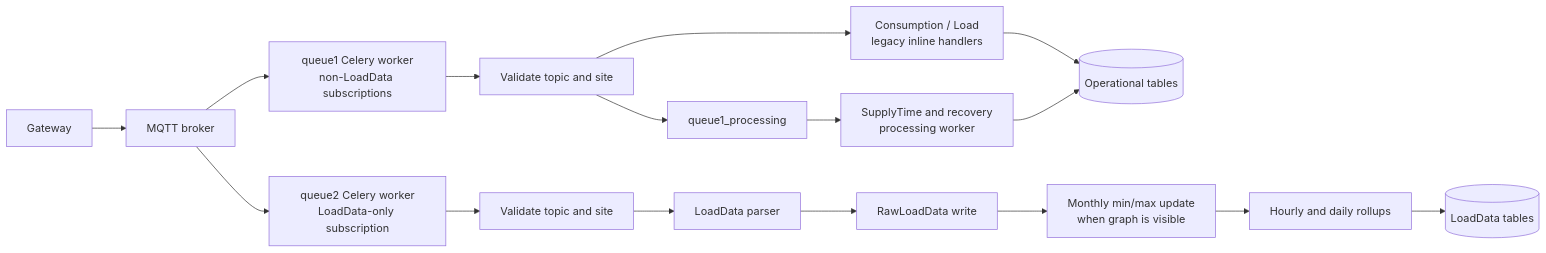
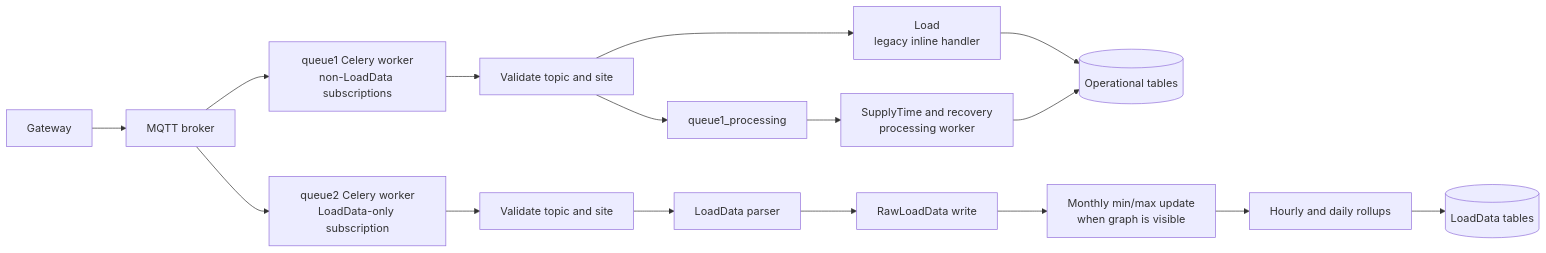
One commit to ashutoshdubey-aviconn/AVC-backend changed the diagram in MQTT_LOAD_DATA_OPTIMIZATION_COMPLETE.md. Above: the diagram before and after it, drawn with Mermaid. The commit also changed other lines of this file, not shown here.

Commit message:
Document consumption MQTT handoff

````diff
--- a/MQTT_LOAD_DATA_OPTIMIZATION_COMPLETE.md
+++ b/MQTT_LOAD_DATA_OPTIMIZATION_COMPLETE.md
@@ -32,20 +32,20 @@
 ```mermaid
 flowchart LR
     G[Gateway] --> B[MQTT broker]
     B --> Q1[queue1 Celery worker\nnon-LoadData subscriptions]
     B --> Q2[queue2 Celery worker\nLoadData-only subscription]
 
     Q1 --> T1[Validate topic and site]
-    T1 --> C1[Consumption / Load\nlegacy inline handlers]
+    T1 --> C1[Load\nlegacy inline handler]
     C1 --> DB1[(Operational tables)]
     T1 --> P1[queue1_processing]
     P1 --> S1[SupplyTime and recovery\nprocessing worker]
     S1 --> DB1
 
     Q2 --> T2[Validate topic and site]
     T2 --> P[LoadData parser]
     P --> R[RawLoadData write]
     R --> M[Monthly min/max update\nwhen graph is visible]
     M --> U[Hourly and daily rollups]
     U --> DB2[(LoadData tables)]
 ```
````
